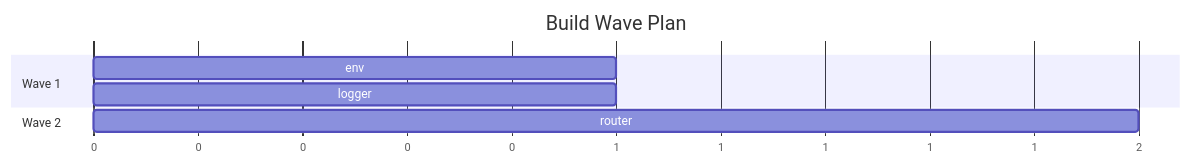
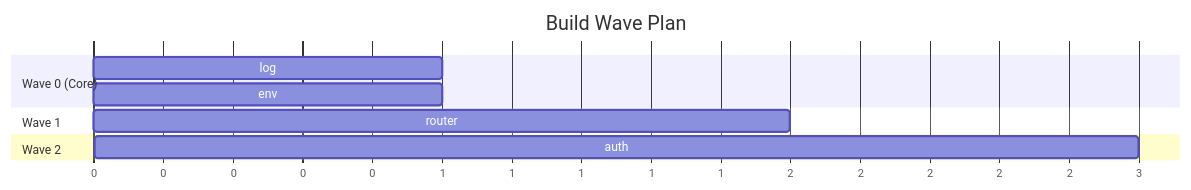
One commit to moku-labs/claude changed the third of 3 diagrams in agents/plan-checker.md. Above: the diagram before and after it, drawn with Mermaid. The commit also changed other lines of this file and 14 other files, not shown here.

````diff
--- a/agents/plan-checker.md
+++ b/agents/plan-checker.md
@@ -135,11 +165,13 @@
 ```mermaid
 gantt
   title Build Wave Plan
   dateFormat X
   axisFormat %s
+  section Wave 0 (Core)
+    log     :0, 1
+    env     :0, 1
   section Wave 1
-    env     :0, 1
-    logger  :0, 1
+    router  :1, 2
   section Wave 2
-    router  :1, 2
+    auth    :2, 3
 ```
````
